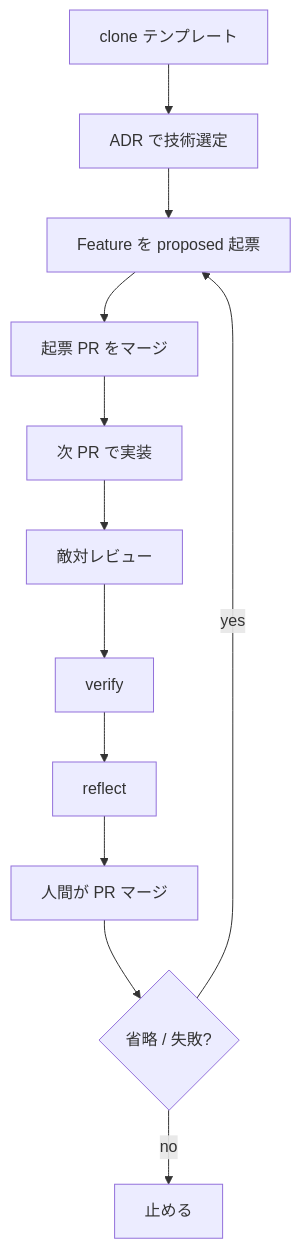
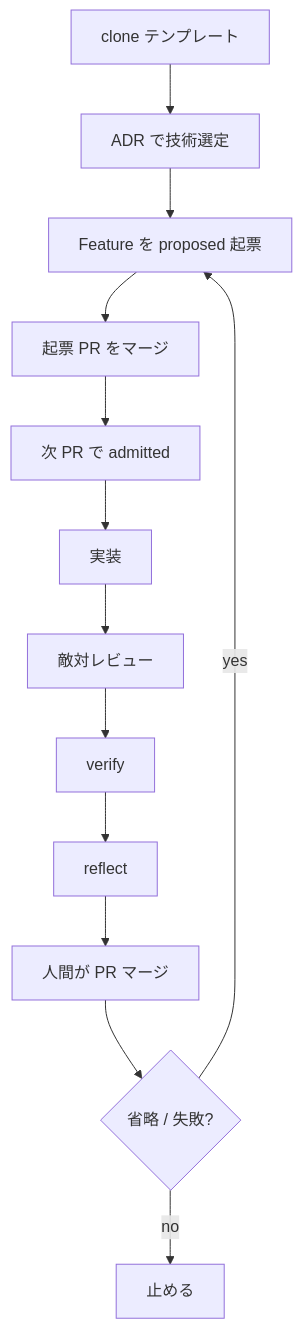
Before and after one commit to marumo333/cursor-harness: the second of 2 diagrams in README.md, drawn with Mermaid. The commit also changed 4 other files, not shown here.

````diff
--- a/README.md
+++ b/README.md
@@ -31,14 +31,15 @@
 ```mermaid
 flowchart TD
   clone["clone テンプレート"] --> adr["ADR で技術選定"]
   adr --> feat["Feature を proposed 起票"]
   feat --> merge1["起票 PR をマージ"]
-  merge1 --> impl["次 PR で実装"]
+  merge1 --> admit["次 PR で admitted"]
+  admit --> impl["実装"]
   impl --> review["敵対レビュー"]
   review --> verify["verify"]
   verify --> reflect["reflect"]
   reflect --> pr["人間が PR マージ"]
   pr --> cycle{"省略 / 失敗?"}
   cycle -->|yes| feat
   cycle -->|no| stop["止める"]
 ```
````
